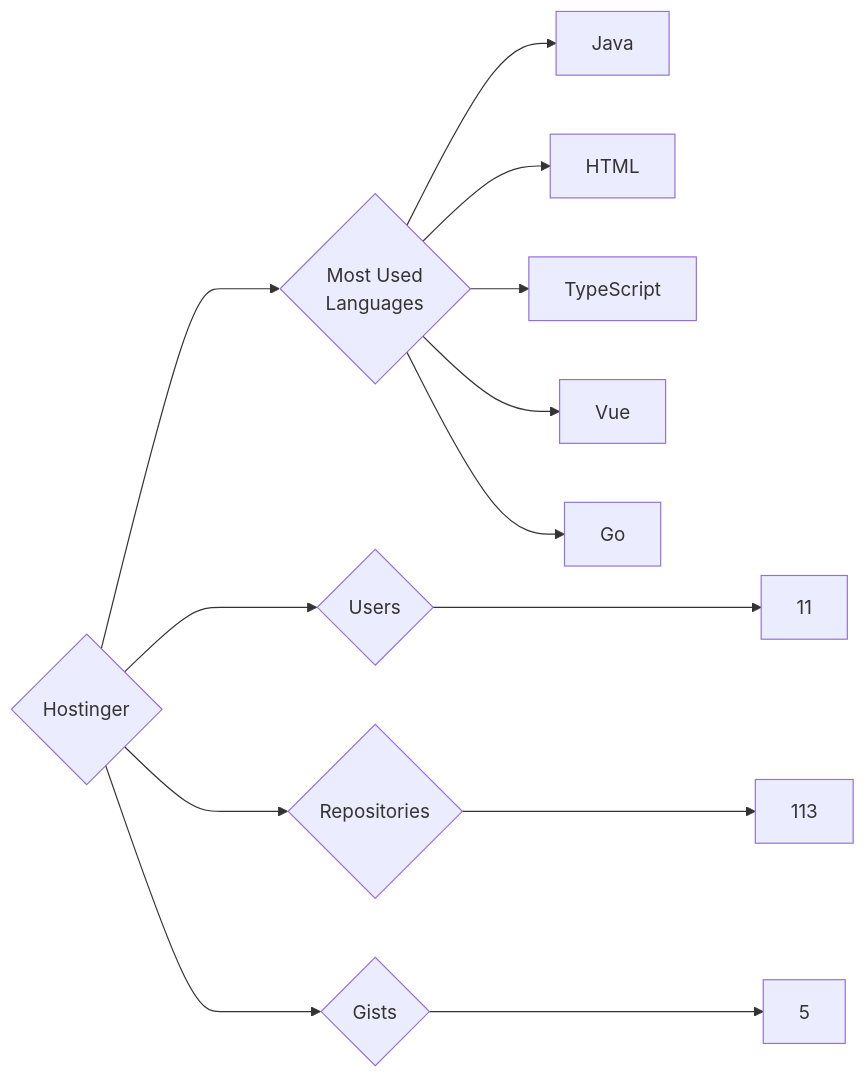
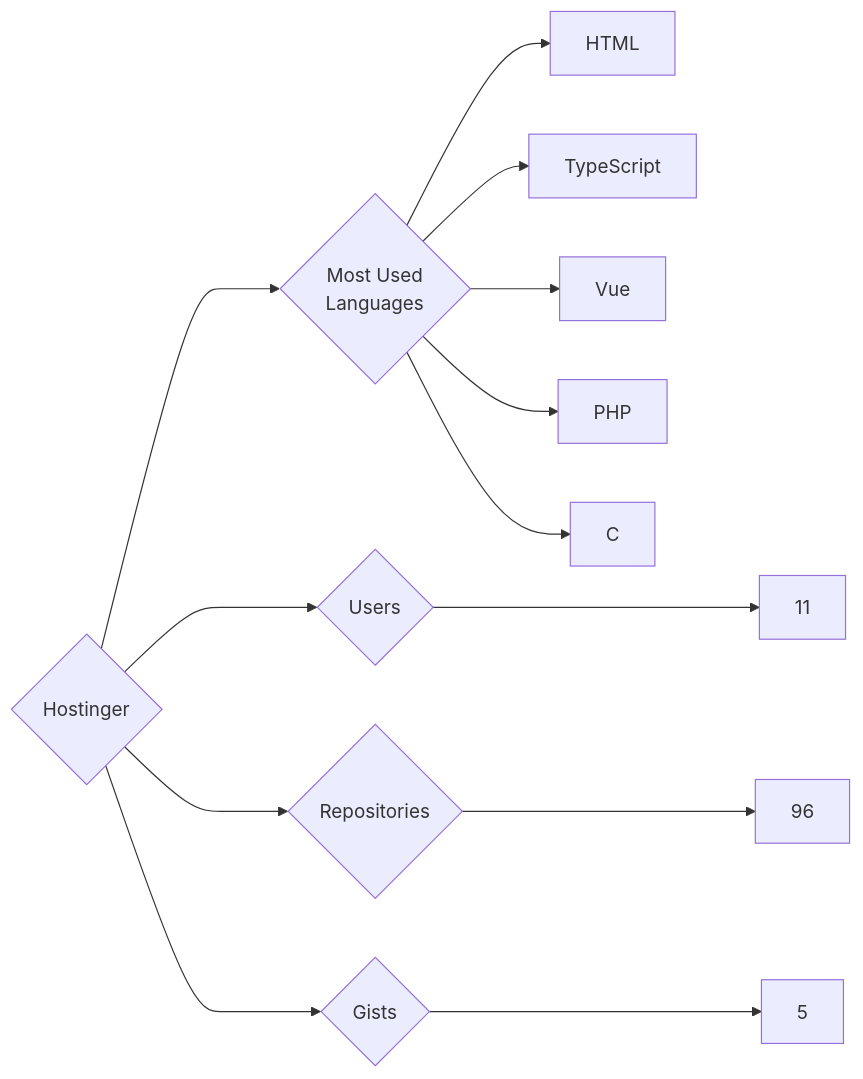
One commit to trickest/insiders changed the diagram in targets/Hostinger/README.md. Above: the diagram before and after it, drawn with Mermaid. The commit also changed 1030 other files, not shown here.

````diff
--- a/targets/Hostinger/README.md
+++ b/targets/Hostinger/README.md
@@ -3,13 +3,13 @@
 ```mermaid
 graph LR
 COMPANY_NAME{Hostinger}
 COMPANY_NAME ---> U{Users} ---> UN[11]
-COMPANY_NAME ---> R{Repositories} ---> RN[113]
+COMPANY_NAME ---> R{Repositories} ---> RN[96]
 COMPANY_NAME ---> G{Gists} ---> GN[5]
 COMPANY_NAME ---> ML{Most Used<br>Languages}
-ML --> Java[Java]
 ML --> HTML[HTML]
 ML --> TypeScript[TypeScript]
 ML --> Vue[Vue]
-ML --> Go[Go]
+ML --> PHP[PHP]
+ML --> C[C]
 ```
````
